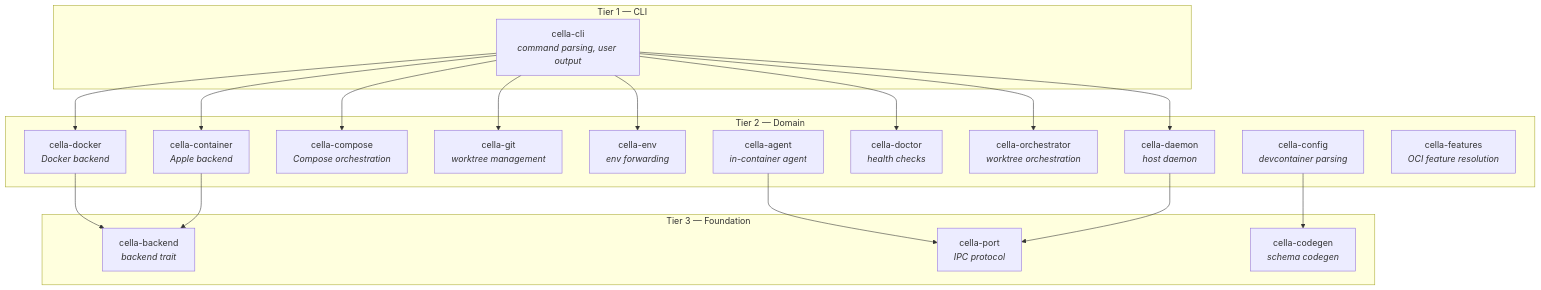
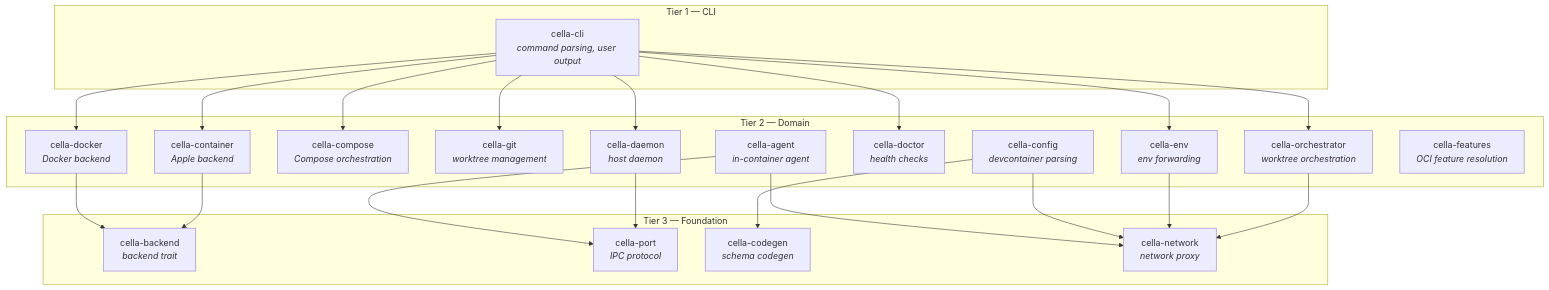
Before and after one commit to eve0415/cella: the diagram in docs/architecture.md, drawn with Mermaid. The commit also changed other lines of this file and 16 other files, not shown here.

````diff
--- a/docs/architecture.md
+++ b/docs/architecture.md
@@ -5,31 +5,33 @@
 ```mermaid
 graph TD
     subgraph "Tier 1 — CLI"
         cli[cella-cli<br><i>command parsing, user output</i>]
     end
 
     subgraph "Tier 2 — Domain"
         docker[cella-docker<br><i>Docker backend</i>]
         container[cella-container<br><i>Apple backend</i>]
         compose[cella-compose<br><i>Compose orchestration</i>]
         git[cella-git<br><i>worktree management</i>]
         env[cella-env<br><i>env forwarding</i>]
         daemon[cella-daemon<br><i>host daemon</i>]
         doctor[cella-doctor<br><i>health checks</i>]
         orchestrator[cella-orchestrator<br><i>worktree orchestration</i>]
         agent[cella-agent<br><i>in-container agent</i>]
         config[cella-config<br><i>devcontainer parsing</i>]
         features[cella-features<br><i>OCI feature resolution</i>]
     end
 
     subgraph "Tier 3 — Foundation"
         backend[cella-backend<br><i>backend trait</i>]
         port[cella-port<br><i>IPC protocol</i>]
         codegen[cella-codegen<br><i>schema codegen</i>]
+        network[cella-network<br><i>network proxy</i>]
     end
 
     cli --> docker & container & compose & git & env & daemon & doctor & orchestrator
     docker & container --> backend
     agent & daemon --> port
     config --> codegen
+    agent & config & env & orchestrator --> network
 ```
````
